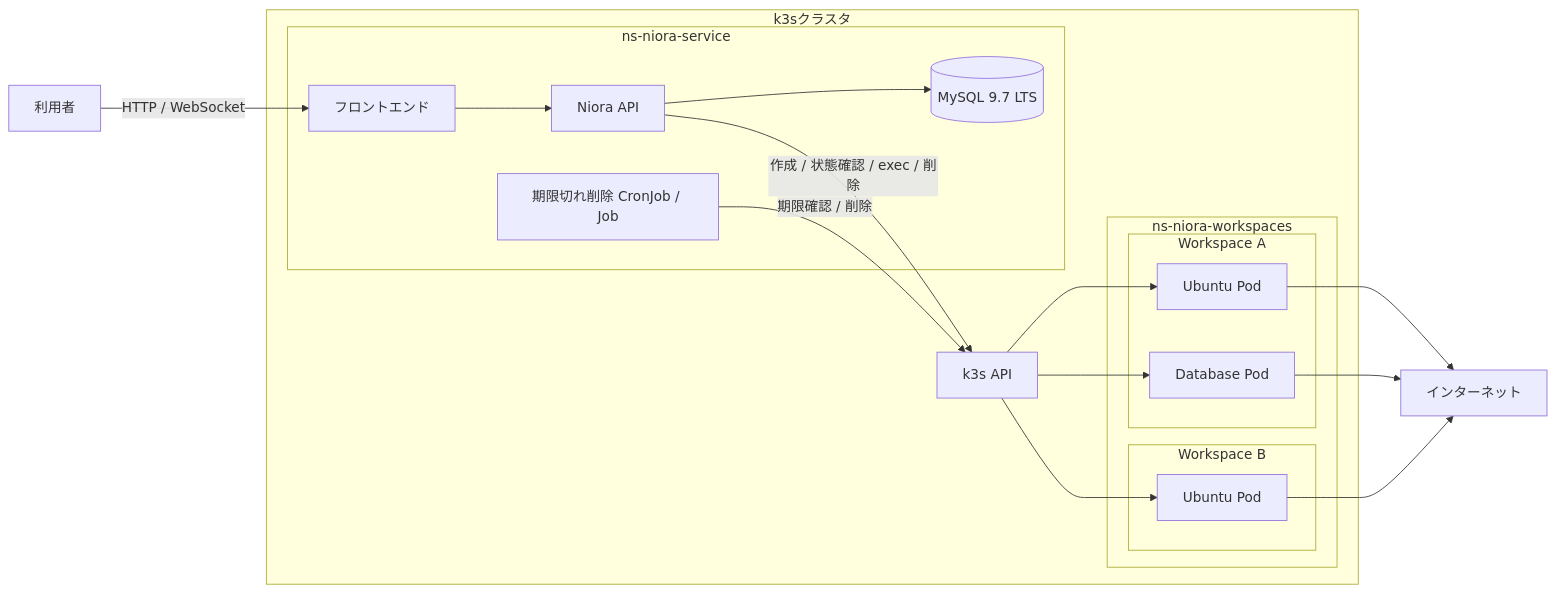
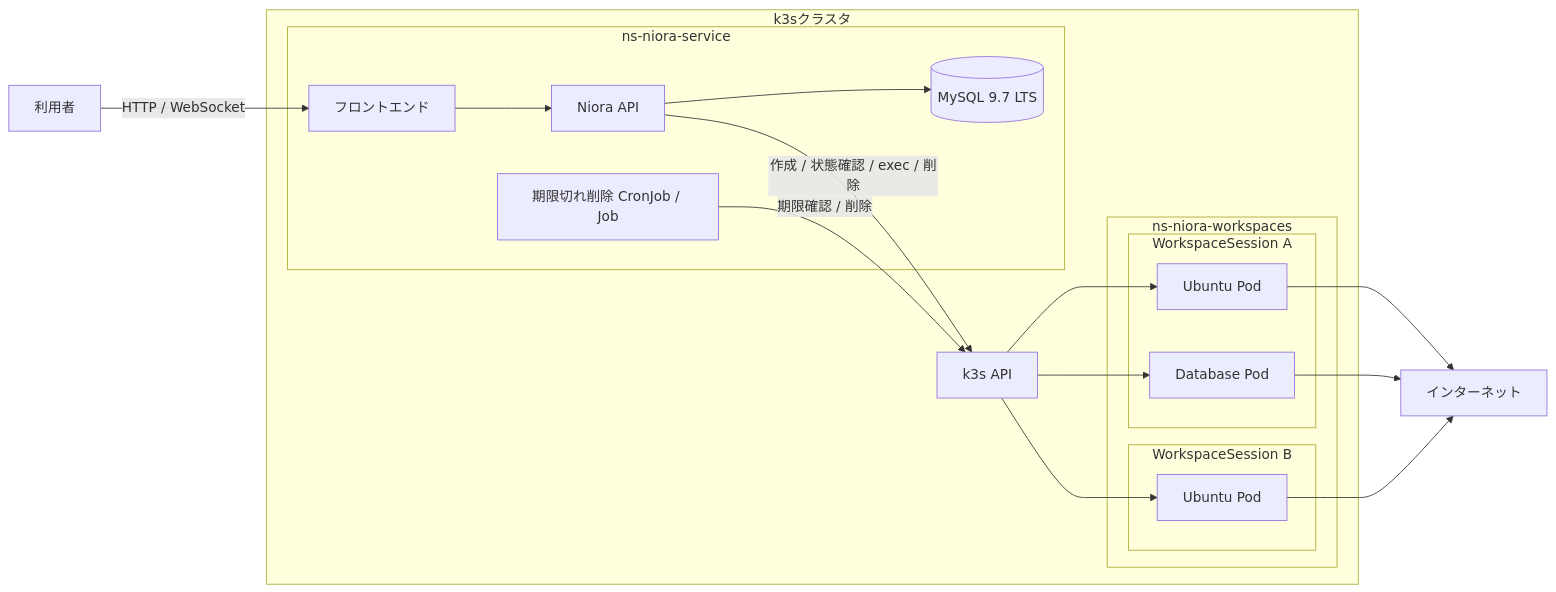
Before and after one commit to yuta15/Niora-API: the first of 2 diagrams in docs/architecture.md, drawn with Mermaid. The commit also changed other lines of this file and 15 other files, not shown here.

````diff
--- a/docs/architecture.md
+++ b/docs/architecture.md
@@ -9,39 +9,39 @@
 ```mermaid
 flowchart LR
     User[利用者]
     Internet[インターネット]
 
     subgraph K3s[k3sクラスタ]
         K3sAPI[k3s API]
 
         subgraph ServiceNS[ns-niora-service]
             Frontend[フロントエンド]
             API[Niora API]
             Database[(MySQL 9.7 LTS)]
             Cleanup[期限切れ削除 CronJob / Job]
         end
 
         subgraph WorkspaceNS[ns-niora-workspaces]
-            subgraph WorkspaceA[Workspace A]
-                WorkspaceAUbuntu[Ubuntu Pod]
-                WorkspaceADatabase[Database Pod]
+            subgraph WorkspaceSessionA[WorkspaceSession A]
+                WorkspaceSessionAUbuntu[Ubuntu Pod]
+                WorkspaceSessionADatabase[Database Pod]
             end
 
-            subgraph WorkspaceB[Workspace B]
-                WorkspaceBUbuntu[Ubuntu Pod]
+            subgraph WorkspaceSessionB[WorkspaceSession B]
+                WorkspaceSessionBUbuntu[Ubuntu Pod]
             end
         end
     end
 
     User -->|HTTP / WebSocket| Frontend
     Frontend --> API
     API --> Database
     API -->|作成 / 状態確認 / exec / 削除| K3sAPI
     Cleanup -->|期限確認 / 削除| K3sAPI
-    K3sAPI --> WorkspaceAUbuntu
-    K3sAPI --> WorkspaceADatabase
-    K3sAPI --> WorkspaceBUbuntu
-    WorkspaceAUbuntu --> Internet
-    WorkspaceADatabase --> Internet
-    WorkspaceBUbuntu --> Internet
+    K3sAPI --> WorkspaceSessionAUbuntu
+    K3sAPI --> WorkspaceSessionADatabase
+    K3sAPI --> WorkspaceSessionBUbuntu
+    WorkspaceSessionAUbuntu --> Internet
+    WorkspaceSessionADatabase --> Internet
+    WorkspaceSessionBUbuntu --> Internet
 ```
````
